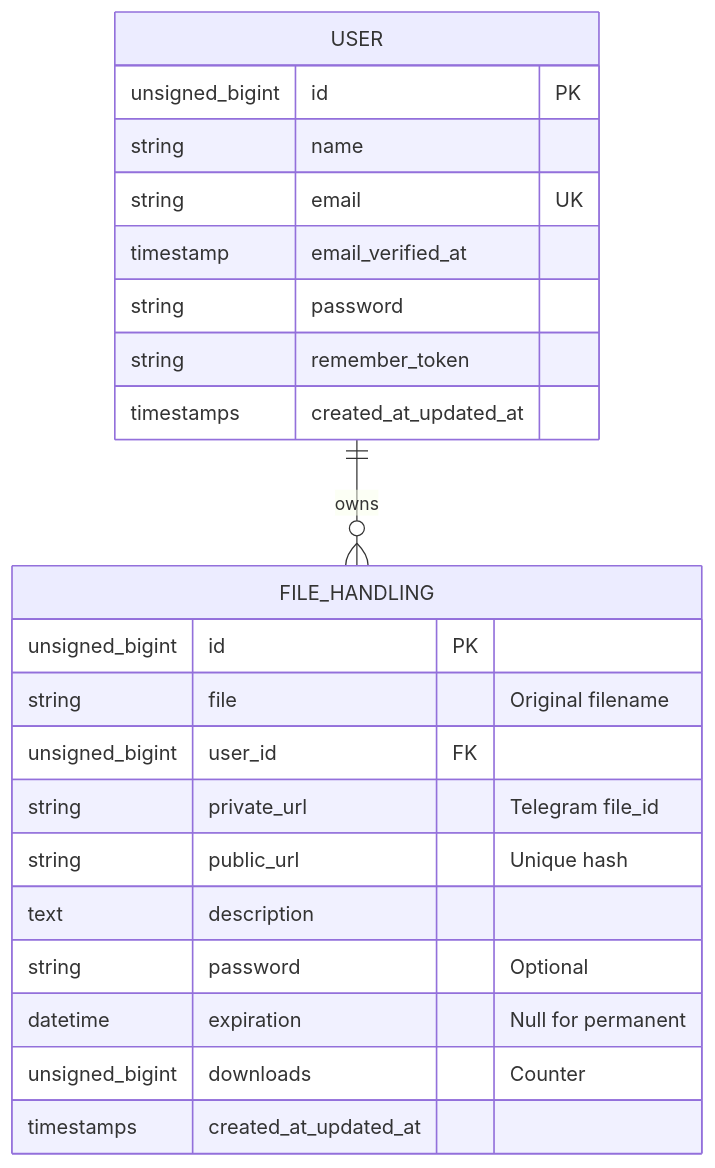
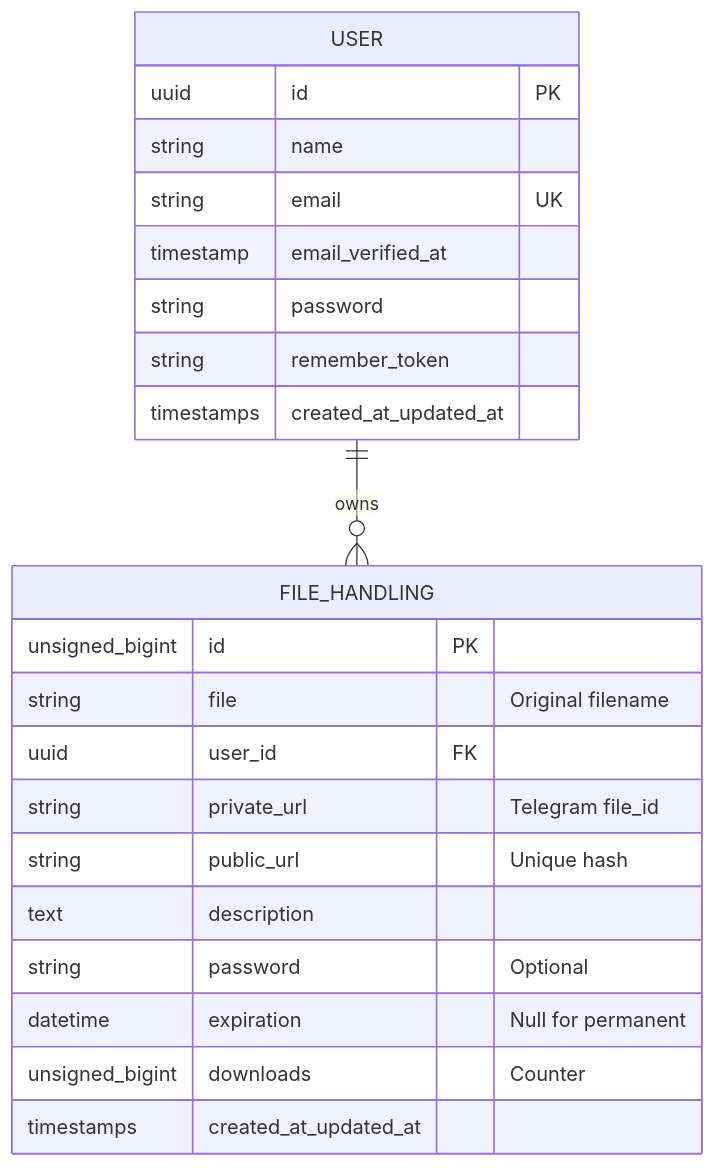
Before and after one commit to RyannKim327/Anesidora: the diagram in README.md, drawn with Mermaid. The commit also changed other lines of this file and 2 other files, not shown here.

````diff
--- a/README.md
+++ b/README.md
@@ -49,25 +50,25 @@
 ```mermaid
 erDiagram
     USER ||--o{ FILE_HANDLING : owns
     USER {
-        unsigned_bigint id PK
+        uuid id PK
         string name
         string email UK
         timestamp email_verified_at
         string password
         string remember_token
         timestamps created_at_updated_at
     }
     FILE_HANDLING {
         unsigned_bigint id PK
         string file "Original filename"
-        unsigned_bigint user_id FK
+        uuid user_id FK
         string private_url "Telegram file_id"
         string public_url "Unique hash"
         text description
         string password "Optional"
         datetime expiration "Null for permanent"
         unsigned_bigint downloads "Counter"
         timestamps created_at_updated_at
     }
 ```
````
